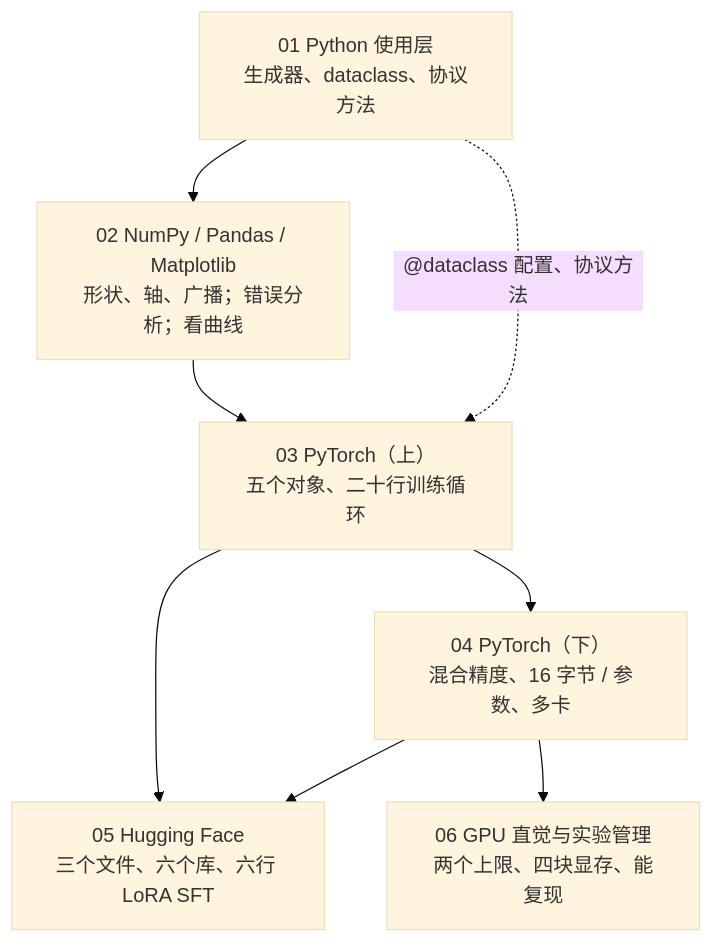
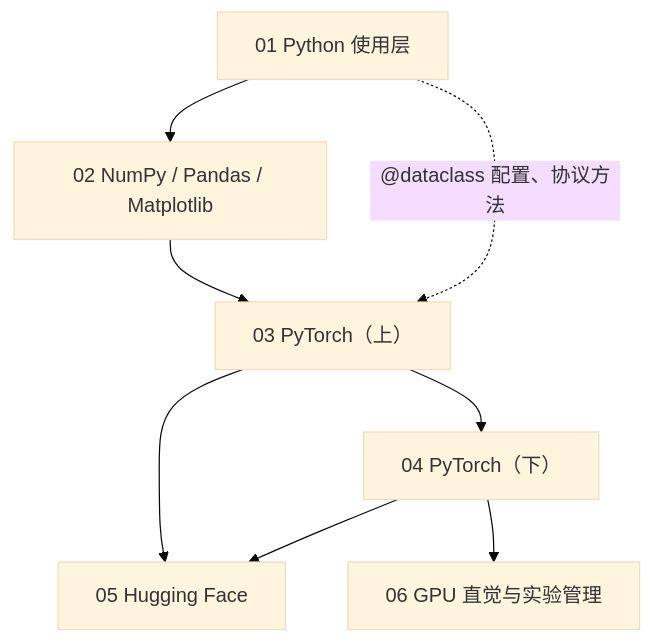
Before and after one commit to arganzheng/arganzheng.github.com: the first of 4 diagrams in slides/2026-01-22-algorithm-tooling.md, drawn with Mermaid (base theme). The commit also changed other lines of this file, not shown here.

Commit message:
slides(2026-01-22-algorithm-tooling): 图内文字 ≥14px——标签缩短/拆分/Unicode 数学

````diff
--- a/slides/2026-01-22-algorithm-tooling.md
+++ b/slides/2026-01-22-algorithm-tooling.md
@@ -31,10 +31,10 @@
 ```mermaid
 %%{init: {"flowchart": {"wrappingWidth": 190}}}%%
 flowchart TB
-    P1["01 Python 使用层<br/>生成器、dataclass、协议方法"] --> P2["02 NumPy / Pandas / Matplotlib<br/>形状、轴、广播；错误分析；看曲线"]
-    P2 --> P3["03 PyTorch（上）<br/>五个对象、二十行训练循环"]
-    P3 --> P4["04 PyTorch（下）<br/>混合精度、16 字节 / 参数、多卡"]
-    P3 & P4 --> P5["05 Hugging Face<br/>三个文件、六个库、六行 LoRA SFT"]
-    P4 --> P6["06 GPU 直觉与实验管理<br/>两个上限、四块显存、能复现"]
+    P1["01 Python 使用层"] --> P2["02 NumPy / Pandas / Matplotlib"]
+    P2 --> P3["03 PyTorch（上）"]
+    P3 --> P4["04 PyTorch（下）"]
+    P3 & P4 --> P5["05 Hugging Face"]
+    P4 --> P6["06 GPU 直觉与实验管理"]
     P1 -. "@dataclass 配置、协议方法" .-> P3
 ```
````
